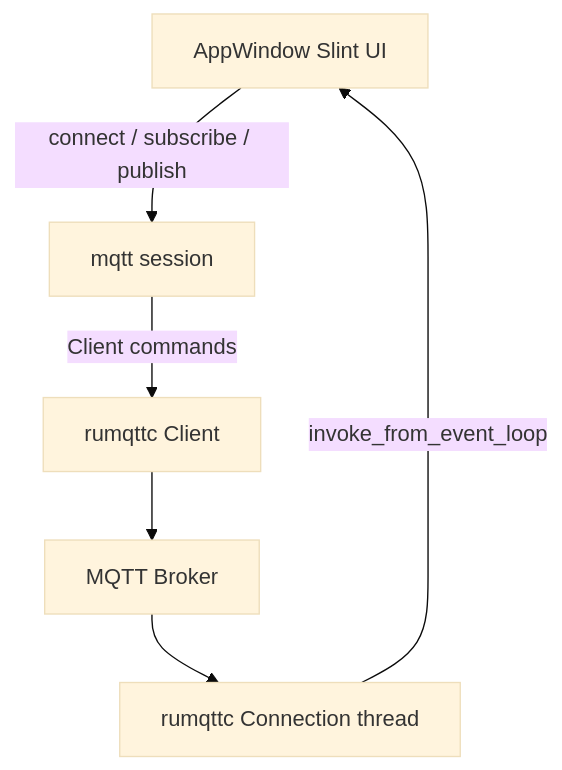
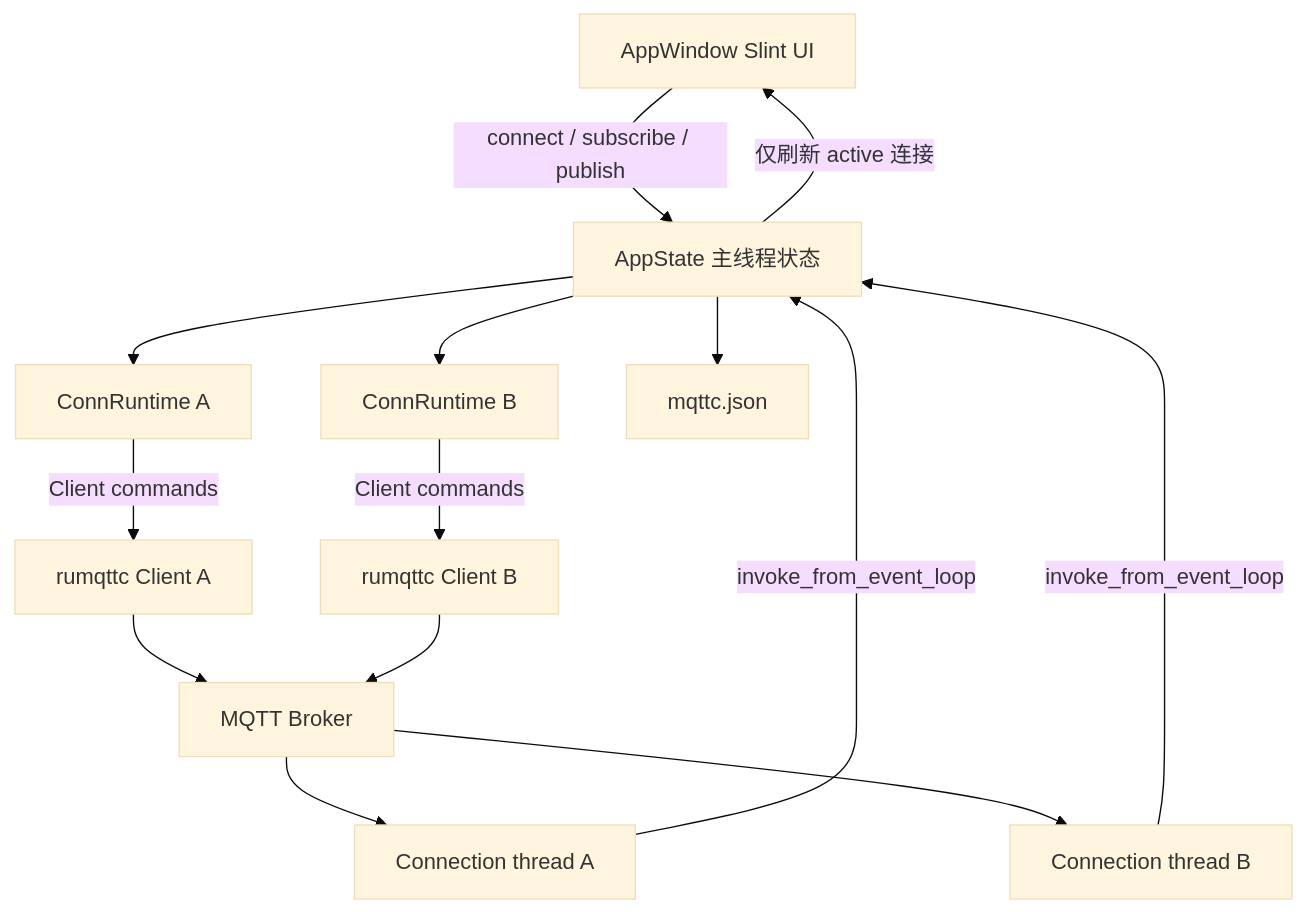
Before and after one commit to GordonWen/mqttc: the diagram in .monkeycode/docs/ARCHITECTURE.md, drawn with Mermaid (base theme). The commit also changed other lines of this file and 10 other files, not shown here.

````diff
--- a/.monkeycode/docs/ARCHITECTURE.md
+++ b/.monkeycode/docs/ARCHITECTURE.md
@@ -35,8 +45,16 @@
 ```mermaid
 graph TD
-    A["AppWindow Slint UI"] -->|"connect / subscribe / publish"| B["mqtt session"]
-    B -->|"Client commands"| C["rumqttc Client"]
-    C --> D["MQTT Broker"]
-    D --> E["rumqttc Connection thread"]
-    E -->|"invoke_from_event_loop"| A
+    A["AppWindow Slint UI"] -->|"connect / subscribe / publish"| B["AppState 主线程状态"]
+    B --> C["ConnRuntime A"]
+    B --> D["ConnRuntime B"]
+    C -->|"Client commands"| E["rumqttc Client A"]
+    D -->|"Client commands"| F["rumqttc Client B"]
+    E --> G["MQTT Broker"]
+    F --> G
+    G --> H["Connection thread A"]
+    G --> I["Connection thread B"]
+    H -->|"invoke_from_event_loop"| B
+    I -->|"invoke_from_event_loop"| B
+    B -->|"仅刷新 active 连接"| A
+    B --> J["mqttc.json"]
 ```
````
